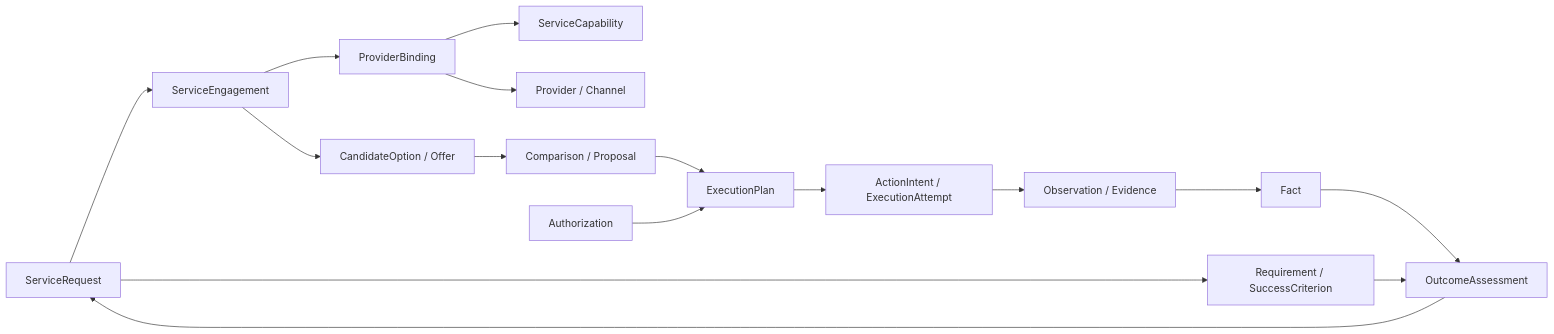
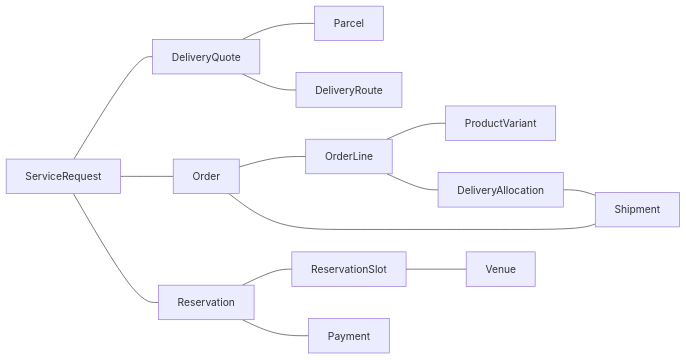
Before and after one commit to proerror77/eigos: the diagram in docs/ontology-spec-v0.2-2026-10-18.md, drawn with Mermaid. The commit also changed other lines of this file and 8 other files, not shown here.

````diff
--- a/docs/ontology-spec-v0.2-2026-10-18.md
+++ b/docs/ontology-spec-v0.2-2026-10-18.md
@@ -59,18 +65,16 @@
 ```mermaid
 flowchart LR
-  R[ServiceRequest] --> C[Requirement / SuccessCriterion]
-  R --> E[ServiceEngagement]
-  E --> B[ProviderBinding]
-  B --> K[ServiceCapability]
-  B --> P[Provider / Channel]
-  E --> O[CandidateOption / Offer]
-  O --> Q[Comparison / Proposal]
-  Q --> L[ExecutionPlan]
-  A[Authorization] --> L
-  L --> I[ActionIntent / ExecutionAttempt]
-  I --> V[Observation / Evidence]
-  V --> F[Fact]
-  F --> X[OutcomeAssessment]
-  C --> X
-  X --> R
+  R[ServiceRequest] --- Q[DeliveryQuote]
+  Q --- P[Parcel]
+  Q --- RT[DeliveryRoute]
+  R --- O[Order]
+  O --- L[OrderLine]
+  L --- V[ProductVariant]
+  L --- A[DeliveryAllocation]
+  A --- S[Shipment]
+  O --- S
+  R --- B[Reservation]
+  B --- SL[ReservationSlot]
+  SL --- VE[Venue]
+  B --- PAY[Payment]
 ```
````
